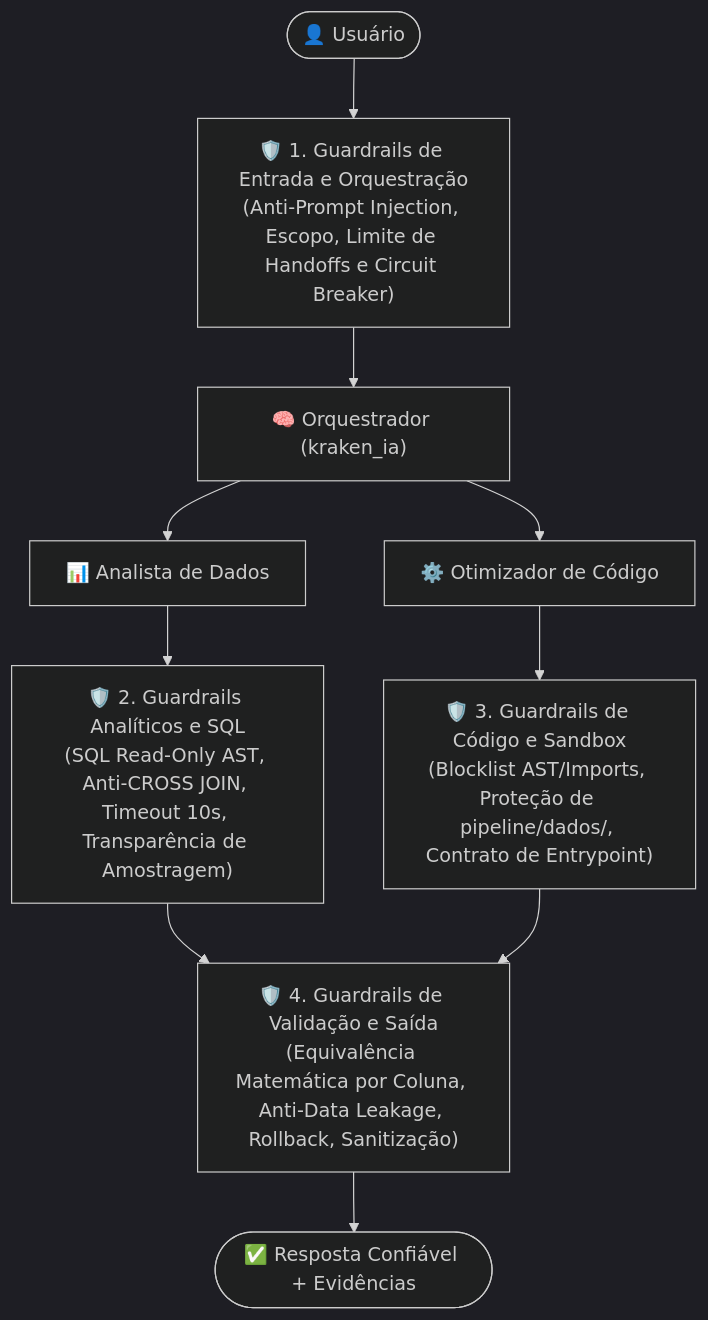
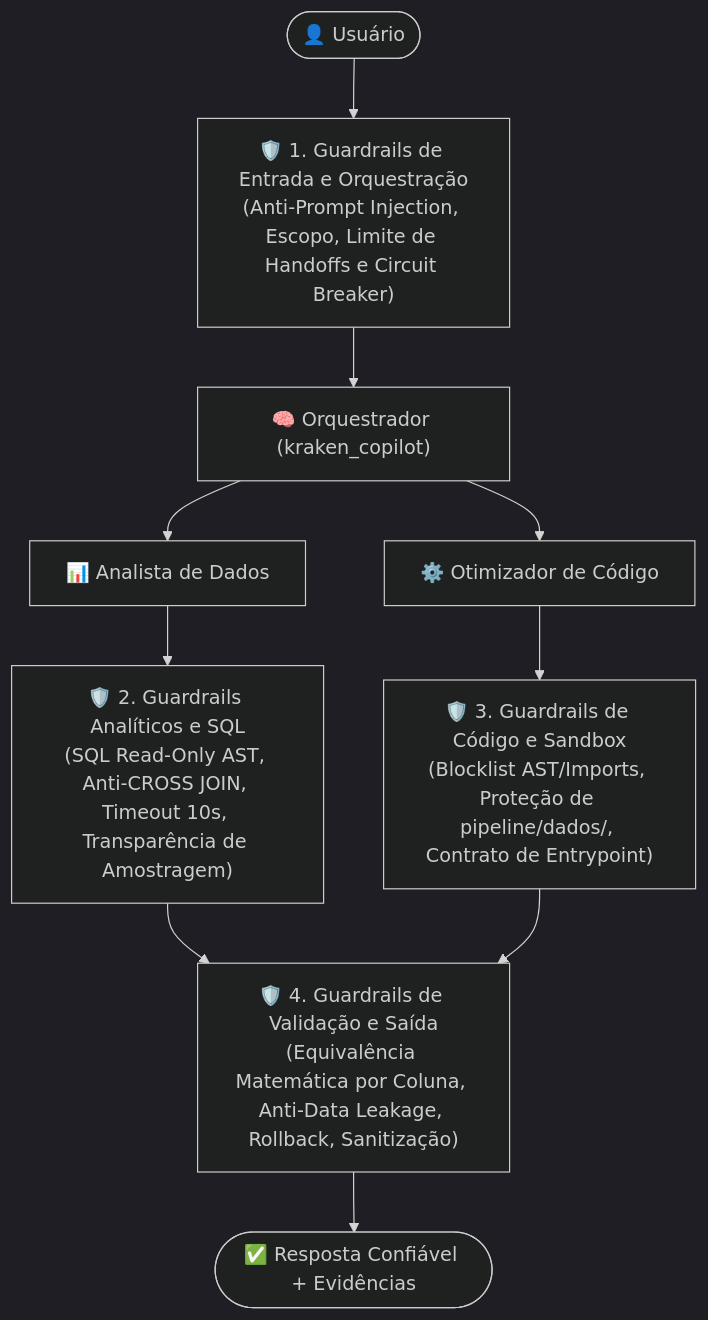
Before and after one commit to mathsantoss/agent_optimizer: the first of 2 diagrams in docs/guardrails.md, drawn with Mermaid (dark theme). The commit also changed other lines of this file and 109 other files, not shown here.

Commit message:
refactor: rename agent to kraken copilot and add guide documentation

````diff
--- a/docs/guardrails.md
+++ b/docs/guardrails.md
@@ -11,16 +11,16 @@
 ```mermaid
 flowchart TB
     U(["👤 Usuário"]) --> G1["🛡️ 1. Guardrails de Entrada e Orquestração<br/>(Anti-Prompt Injection, Escopo, Limite de Handoffs e Circuit Breaker)"]
-    G1 --> O["🧠 Orquestrador (kraken_ia)"]
+    G1 --> O["🧠 Orquestrador (kraken_copilot)"]
 
     O --> A["📊 Analista de Dados"]
     O --> C["⚙️ Otimizador de Código"]
 
     A --> G2["🛡️ 2. Guardrails Analíticos e SQL<br/>(SQL Read-Only AST, Anti-CROSS JOIN, Timeout 10s, Transparência de Amostragem)"]
     C --> G3["🛡️ 3. Guardrails de Código e Sandbox<br/>(Blocklist AST/Imports, Proteção de pipeline/dados/, Contrato de Entrypoint)"]
 
     G2 --> G4["🛡️ 4. Guardrails de Validação e Saída<br/>(Equivalência Matemática por Coluna, Anti-Data Leakage, Rollback, Sanitização)"]
     G3 --> G4
 
     G4 --> R(["✅ Resposta Confiável + Evidências"])
 ```
````
